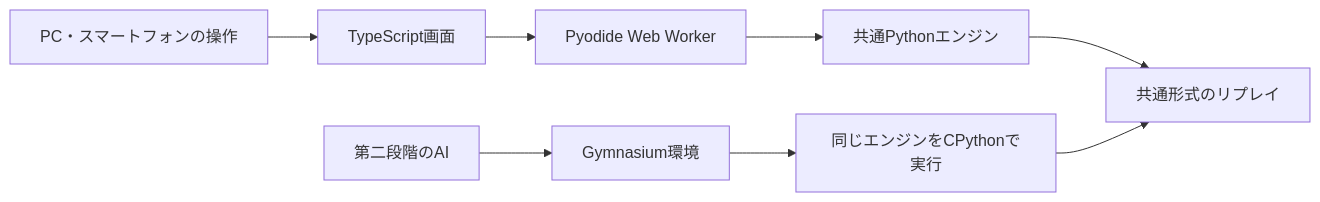
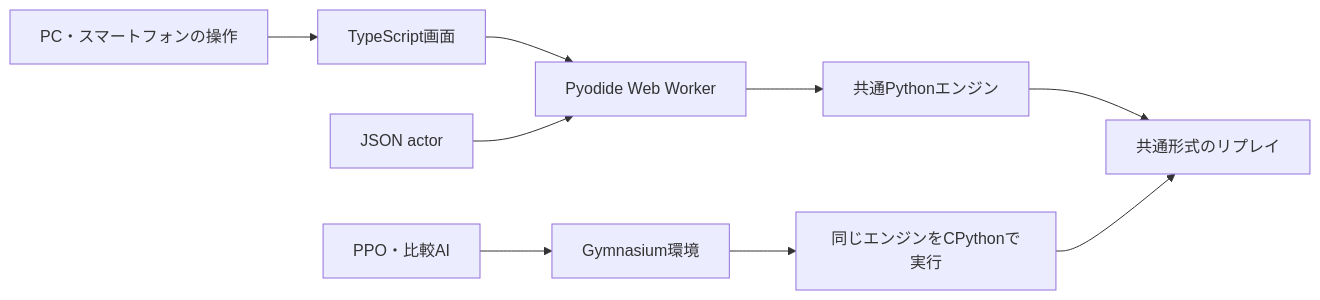
Before and after one commit to Hiraisun/DropTheNumber_RL: the diagram in docs/ARCHITECTURE.md, drawn with Mermaid. The commit also changed other lines of this file and 30 other files, not shown here.

````diff
--- a/docs/ARCHITECTURE.md
+++ b/docs/ARCHITECTURE.md
@@ -49,10 +49,11 @@
 ```mermaid
 flowchart LR
     Human[PC・スマートフォンの操作] --> UI[TypeScript画面]
     UI --> Worker[Pyodide Web Worker]
     Worker --> WebCore[共通Pythonエンジン]
-    Agent[第二段階のAI] --> Env[Gymnasium環境]
+    Model[JSON actor] --> Worker
+    Agent[PPO・比較AI] --> Env[Gymnasium環境]
     Env --> NativeCore[同じエンジンをCPythonで実行]
     WebCore --> Replay[共通形式のリプレイ]
     NativeCore --> Replay
 ```
````
